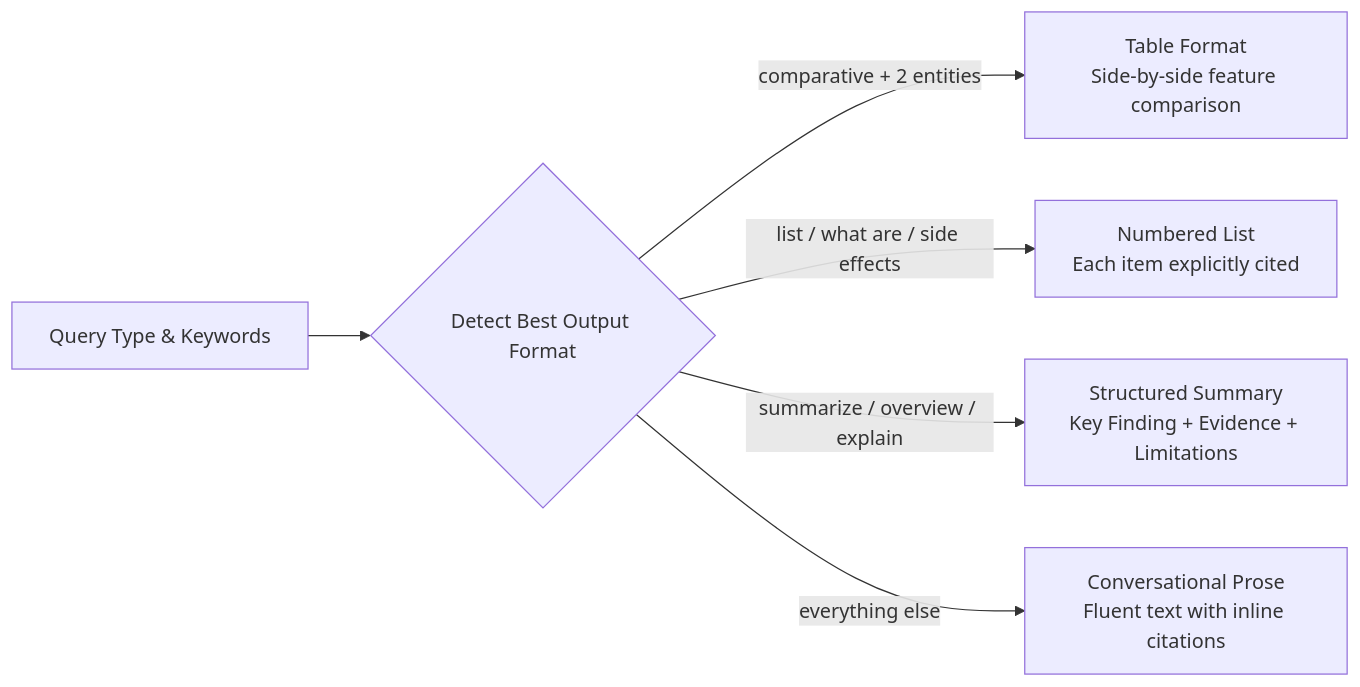
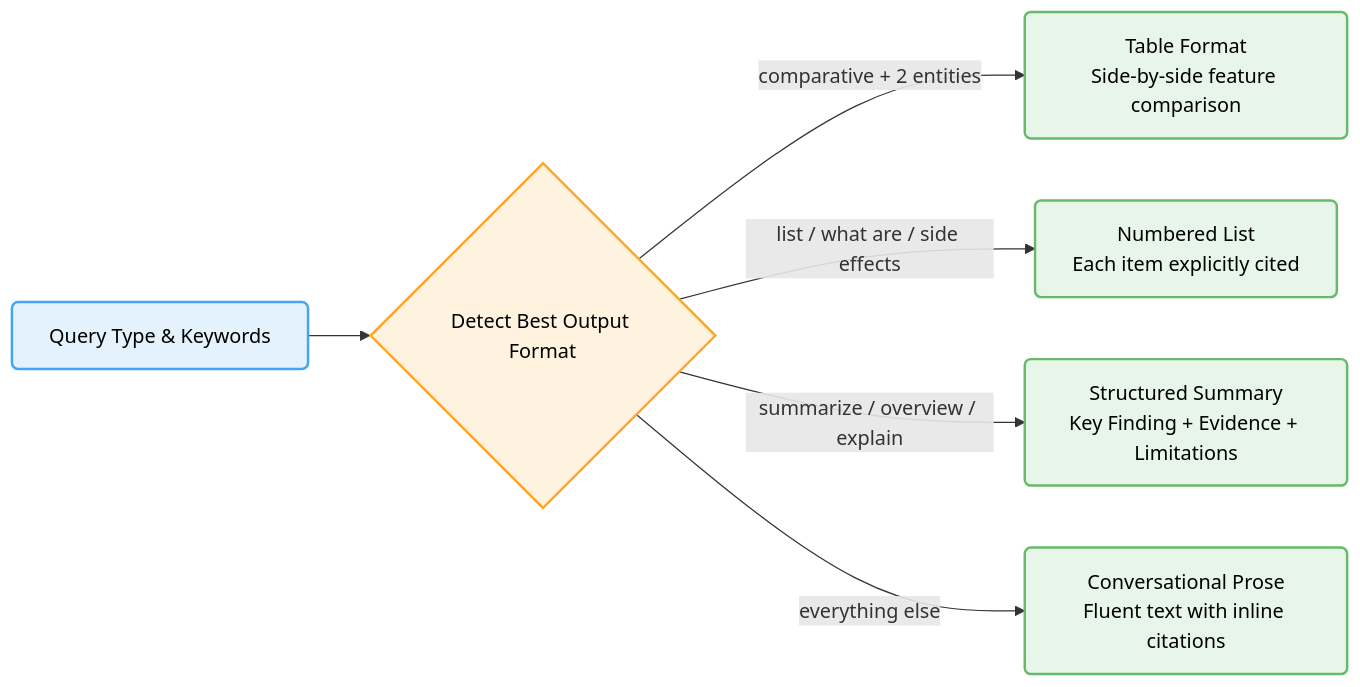
The tenth of 11 diagrams in ARCHITECTURE.md (pavan939111/SelfLearning_Rag), drawn with Mermaid before and after one commit. The commit also changed other lines of this file, not shown here.

Commit message:
docs: apply pastel color grading to all diagrams in ARCHITECTURE.md to ensure high visibility and professional design

````diff
--- a/ARCHITECTURE.md
+++ b/ARCHITECTURE.md
@@ -325,10 +352,14 @@
 ```mermaid
 flowchart LR
-    Q["Query Type & Keywords"] --> DET
+    classDef input fill:#e3f2fd,stroke:#42a5f5,stroke-width:2px,color:#000,rx:5px
+    classDef process fill:#fff3e0,stroke:#ffa726,stroke-width:2px,color:#000,rx:5px
+    classDef result fill:#e8f5e9,stroke:#66bb6a,stroke-width:2px,color:#000,rx:5px
 
-    DET{"Detect Best Output Format"}
-    DET -->|"comparative + 2 entities"| TABLE["Table Format\nSide-by-side feature comparison"]
-    DET -->|"list / what are / side effects"| LIST["Numbered List\nEach item explicitly cited"]
-    DET -->|"summarize / overview / explain"| SUMMARY["Structured Summary\nKey Finding + Evidence + Limitations"]
-    DET -->|"everything else"| PROSE["Conversational Prose\nFluent text with inline citations"]
+    Q["Query Type & Keywords"]:::input --> DET
+
+    DET{"Detect Best Output Format"}:::process
+    DET -->|"comparative + 2 entities"| TABLE["Table Format\nSide-by-side feature comparison"]:::result
+    DET -->|"list / what are / side effects"| LIST["Numbered List\nEach item explicitly cited"]:::result
+    DET -->|"summarize / overview / explain"| SUMMARY["Structured Summary\nKey Finding + Evidence + Limitations"]:::result
+    DET -->|"everything else"| PROSE["Conversational Prose\nFluent text with inline citations"]:::result
 ```
````
